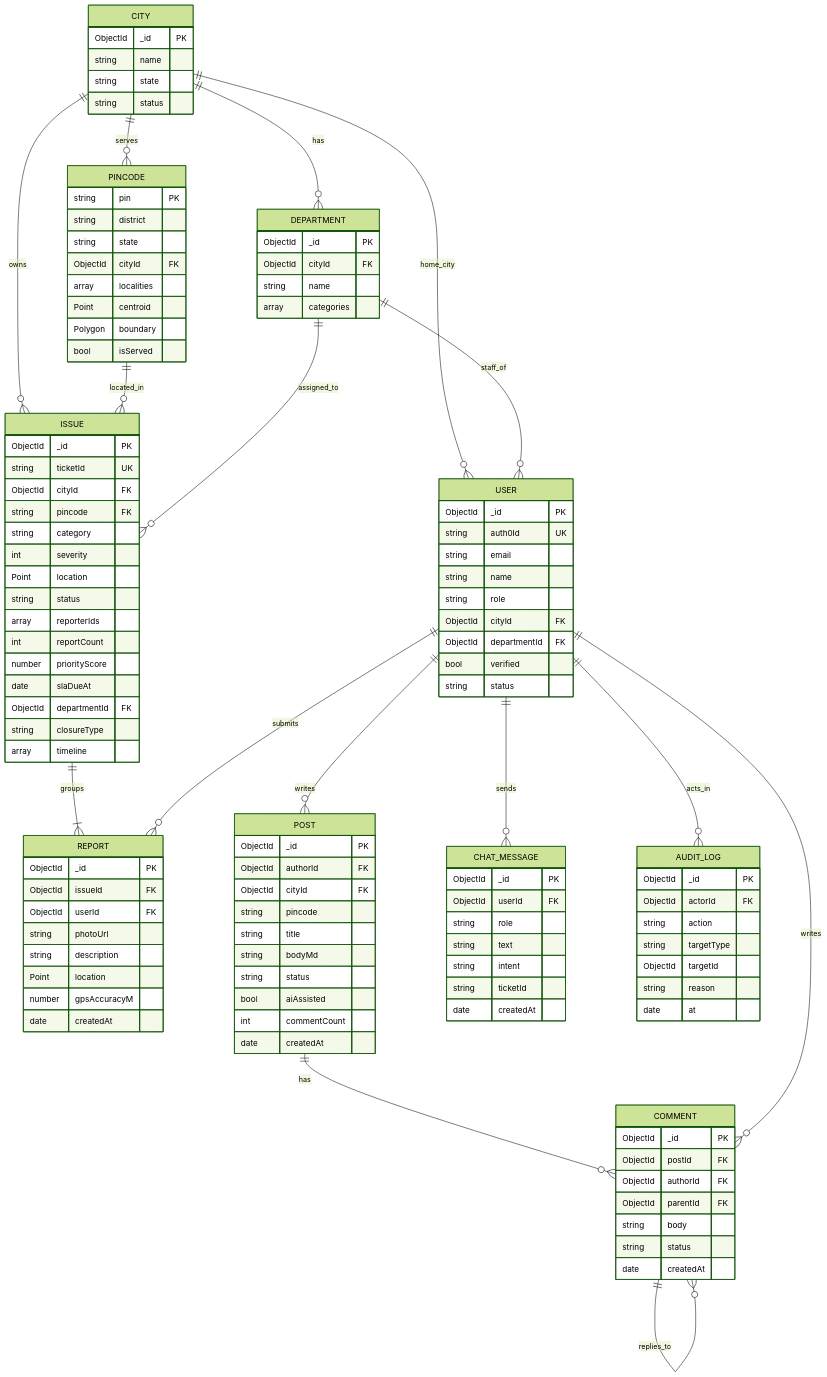
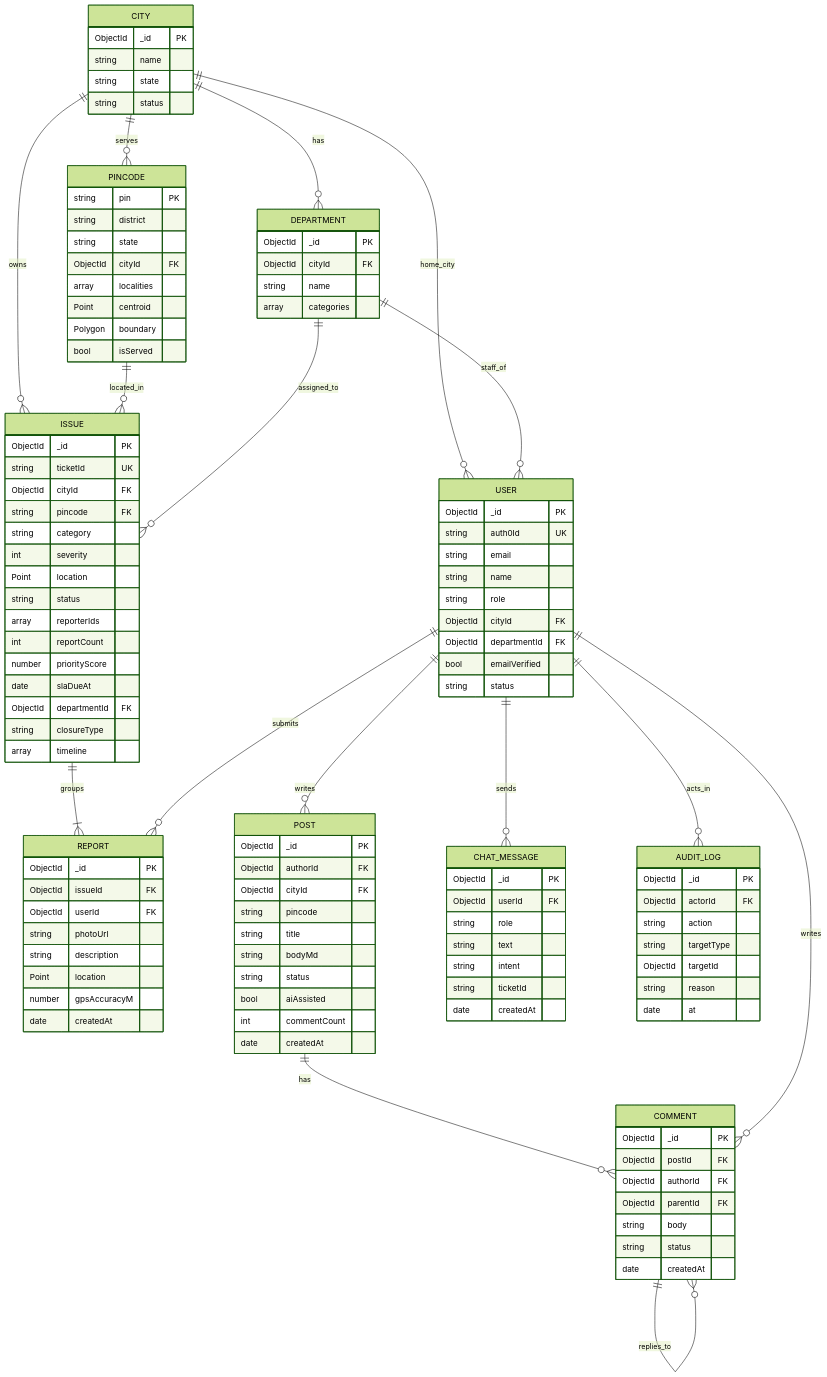
Before and after one commit to sachinsharmaa07/NVN: the second of 5 diagrams in docs/DESIGN.md, drawn with Mermaid (forest theme). The commit also changed other lines of this file and 5 other files, not shown here.

```diff
--- a/docs/DESIGN.md
+++ b/docs/DESIGN.md
@@ -183,7 +183,7 @@
     string role
     ObjectId cityId FK
     ObjectId departmentId FK
-    bool verified
+    bool emailVerified
     string status
   }
   ISSUE {
```
